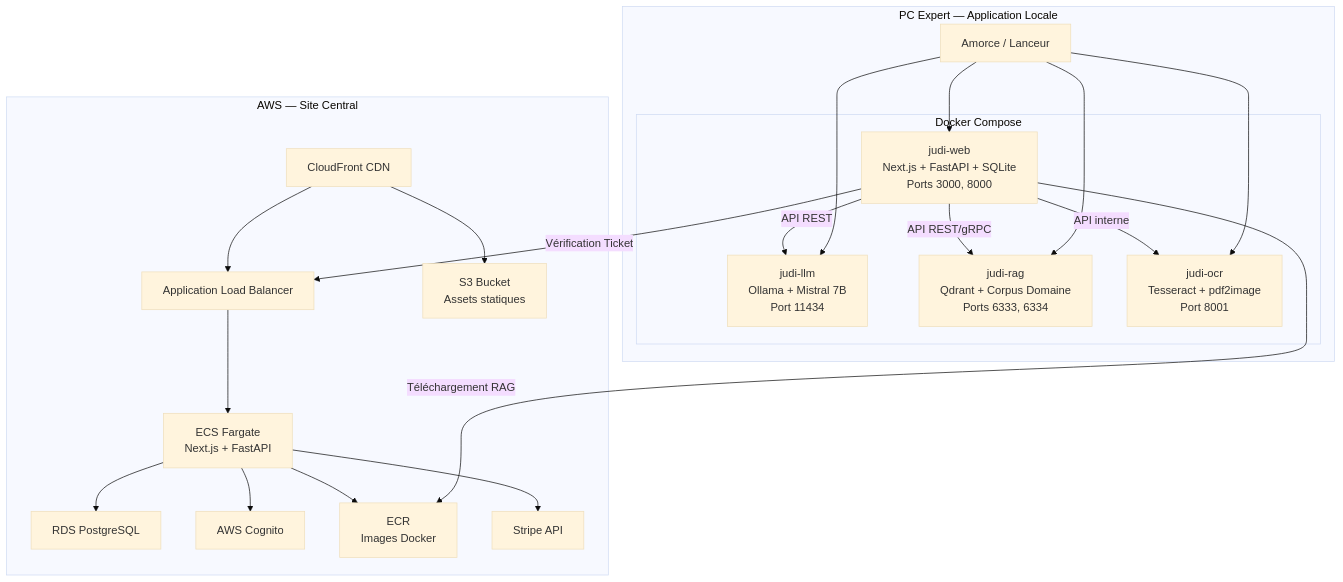
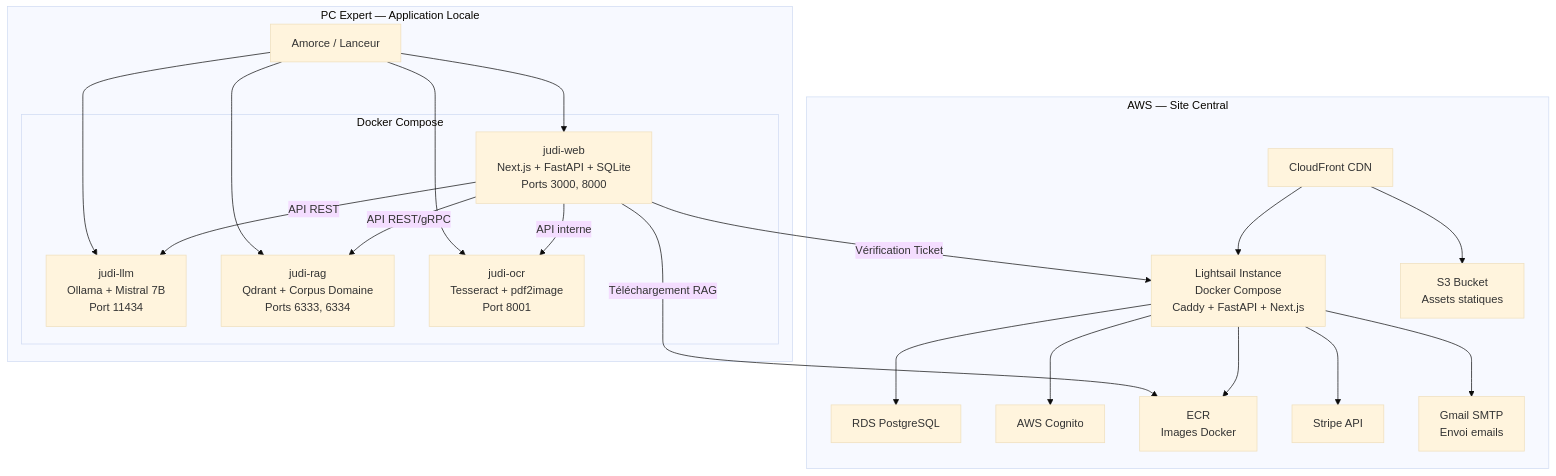
Before and after one commit to jmontiel-fr/judi-expert2: the first of 4 diagrams in docs/architecture.md, drawn with Mermaid (base theme). The commit also changed other lines of this file and 71 other files, not shown here.

````diff
--- a/docs/architecture.md
+++ b/docs/architecture.md
@@ -24,40 +24,40 @@
 ```mermaid
 graph TB
     subgraph "PC Expert — Application Locale"
         AMORCE[Amorce / Lanceur]
         subgraph "Docker Compose"
             WEB[judi-web<br/>Next.js + FastAPI + SQLite<br/>Ports 3000, 8000]
             LLM_C[judi-llm<br/>Ollama + Mistral 7B<br/>Port 11434]
             RAG_C[judi-rag<br/>Qdrant + Corpus Domaine<br/>Ports 6333, 6334]
             OCR_C[judi-ocr<br/>Tesseract + pdf2image<br/>Port 8001]
         end
         AMORCE --> WEB
         AMORCE --> LLM_C
         AMORCE --> RAG_C
         AMORCE --> OCR_C
         WEB -->|API REST| LLM_C
         WEB -->|API REST/gRPC| RAG_C
         WEB -->|API interne| OCR_C
     end
 
     subgraph "AWS — Site Central"
         CF[CloudFront CDN]
-        ALB[Application Load Balancer]
-        ECS[ECS Fargate<br/>Next.js + FastAPI]
+        LS[Lightsail Instance<br/>Docker Compose<br/>Caddy + FastAPI + Next.js]
         RDS[RDS PostgreSQL]
         COG[AWS Cognito]
         S3[S3 Bucket<br/>Assets statiques]
         ECR[ECR<br/>Images Docker]
         STRIPE[Stripe API]
+        GMAIL[Gmail SMTP<br/>Envoi emails]
     end
 
-    WEB -->|Vérification Ticket| ALB
+    WEB -->|Vérification Ticket| LS
     WEB -->|Téléchargement RAG| ECR
     CF --> S3
-    CF --> ALB
-    ALB --> ECS
-    ECS --> RDS
-    ECS --> COG
-    ECS --> STRIPE
-    ECS --> ECR
+    CF --> LS
+    LS --> RDS
+    LS --> COG
+    LS --> STRIPE
+    LS --> GMAIL
+    LS --> ECR
 ```
````
